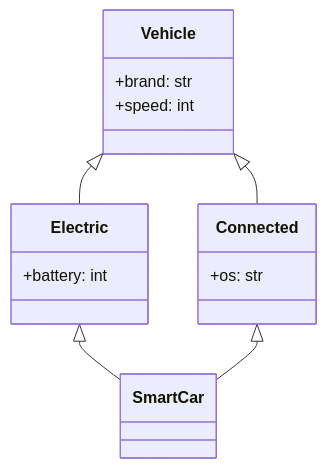
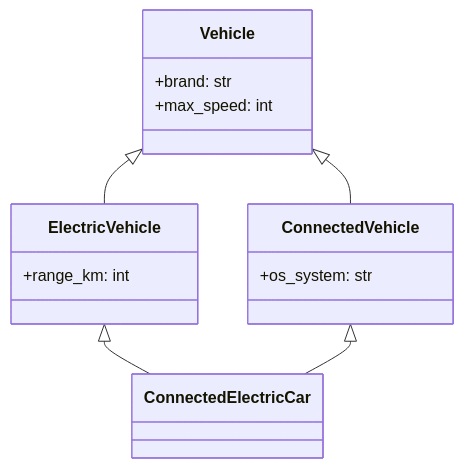
Before and after one commit to Lagmouchyoussef/Python-Practical-Works: diagram 13 of 21 in README.md, drawn with Mermaid. The commit also changed other lines of this file, not shown here.

````diff
--- a/README.md
+++ b/README.md
@@ -357,23 +342,23 @@
 ```mermaid
 classDiagram
     class Vehicle {
         +brand: str
-        +speed: int
+        +max_speed: int
     }
     
-    class Electric {
-        +battery: int
+    class ElectricVehicle {
+        +range_km: int
     }
     
-    class Connected {
-        +os: str
+    class ConnectedVehicle {
+        +os_system: str
     }
     
-    class SmartCar {
+    class ConnectedElectricCar {
     }
     
-    Vehicle <|-- Electric
-    Vehicle <|-- Connected
-    Electric <|-- SmartCar
-    Connected <|-- SmartCar
+    Vehicle <|-- ElectricVehicle
+    Vehicle <|-- ConnectedVehicle
+    ElectricVehicle <|-- ConnectedElectricCar
+    ConnectedVehicle <|-- ConnectedElectricCar
 ```
````
